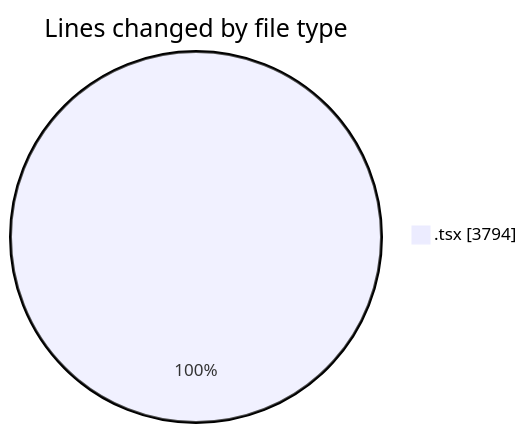
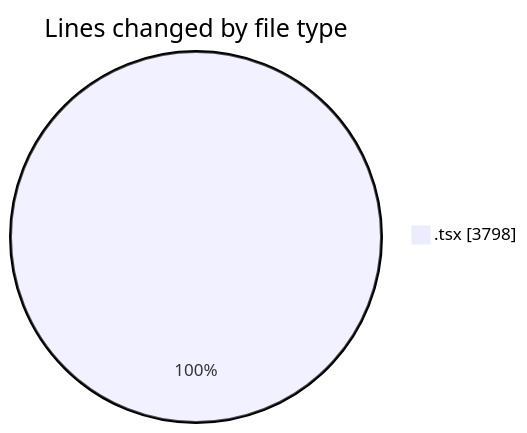
Before and after one commit to momahboobian/code-tracking: the first of 2 diagrams in 2025-11-11/cda/README.md, drawn with Mermaid. The commit also changed other lines of this file and 1 other file, not shown here.

````diff
--- a/2025-11-11/cda/README.md
+++ b/2025-11-11/cda/README.md
@@ -24,5 +24,5 @@
 ```mermaid
 pie showData
 title Lines changed by file type
-".tsx" : 3794
+".tsx" : 3798
 ```
````
